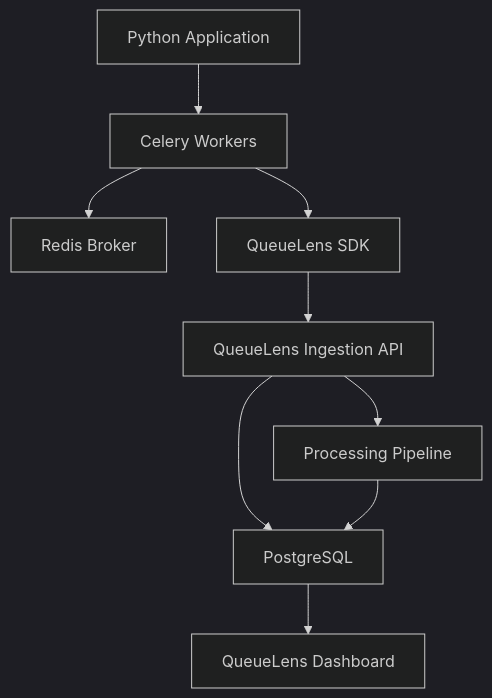
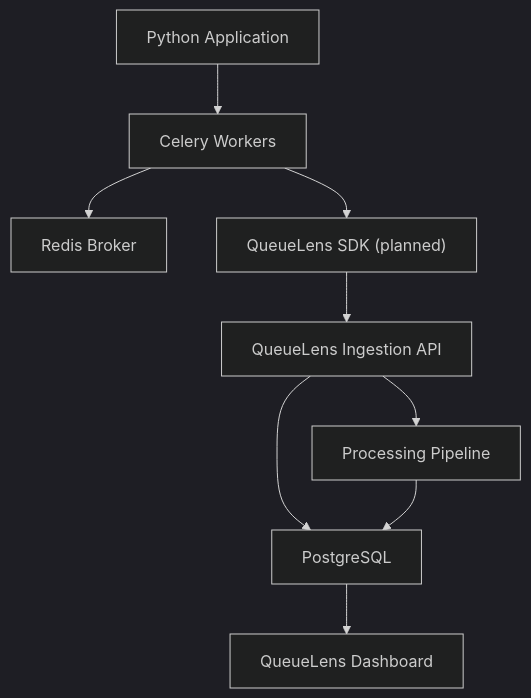
Before and after one commit to muhammedsafuvan/q-lens: the diagram in README.md, drawn with Mermaid (dark theme). The commit also changed other lines of this file and 12 other files, not shown here.

````diff
--- a/README.md
+++ b/README.md
@@ -52,11 +52,11 @@
 ```mermaid
 flowchart TD
     A["Python Application"] --> B["Celery Workers"]
     B --> C["Redis Broker"]
-    B --> D["QueueLens SDK"]
+    B --> D["QueueLens SDK (planned)"]
     D --> E["QueueLens Ingestion API"]
     E --> F["PostgreSQL"]
     E --> G["Processing Pipeline"]
     G --> F
     F --> H["QueueLens Dashboard"]
 ```
````
